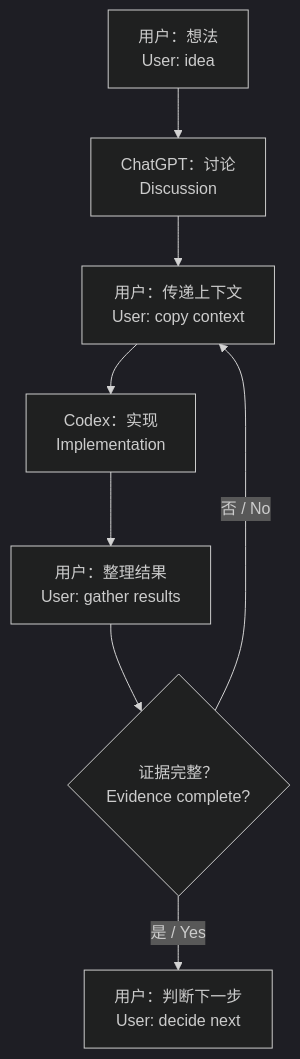
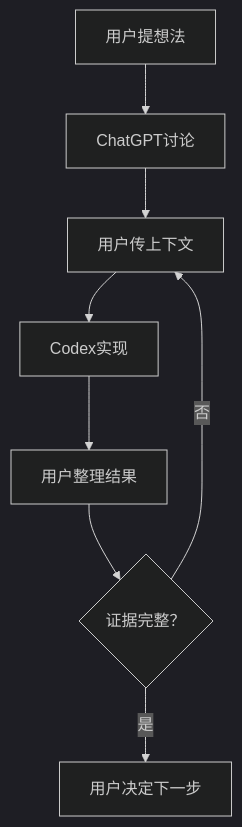
The first of 2 diagrams in docs/workflow.md (txytwist/ai-dev-handoff), drawn with Mermaid (dark theme) before and after one commit. The commit also changed other lines of this file and 19 other files, not shown here.

First line of the commit message:
UX: Public Beta 直接引导与四档窄屏图文优化 (#8)

````diff
--- a/docs/workflow.md
+++ b/docs/workflow.md
@@ -15,10 +15,10 @@
 ```mermaid
 flowchart TD
-  A["用户：想法<br/>User: idea"] --> B["ChatGPT：讨论<br/>Discussion"]
-  B --> C["用户：传递上下文<br/>User: copy context"]
-  C --> D["Codex：实现<br/>Implementation"]
-  D --> E["用户：整理结果<br/>User: gather results"]
-  E --> F{"证据完整？<br/>Evidence complete?"}
-  F -->|否 / No| C
-  F -->|是 / Yes| G["用户：判断下一步<br/>User: decide next"]
+  A["用户提想法"] --> B["ChatGPT讨论"]
+  B --> C["用户传上下文"]
+  C --> D["Codex实现"]
+  D --> E["用户整理结果"]
+  E --> F{"证据完整？"}
+  F -->|否| C
+  F -->|是| G["用户决定下一步"]
 ```
````
